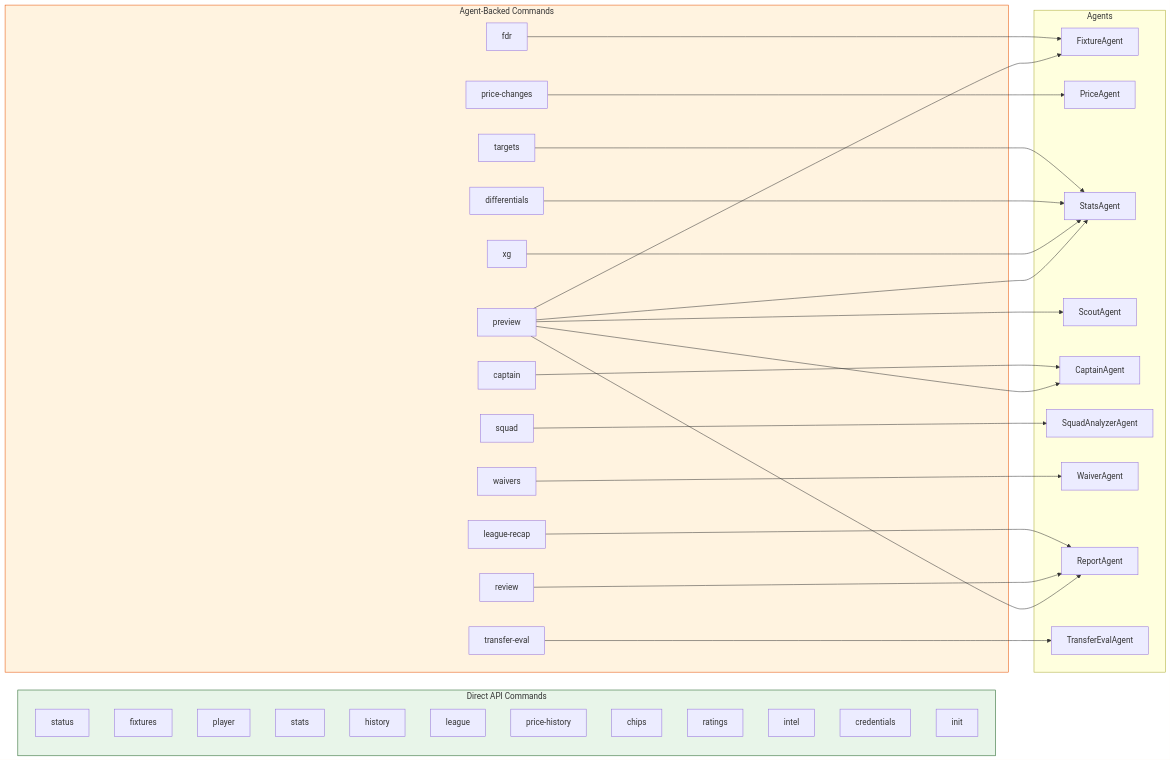
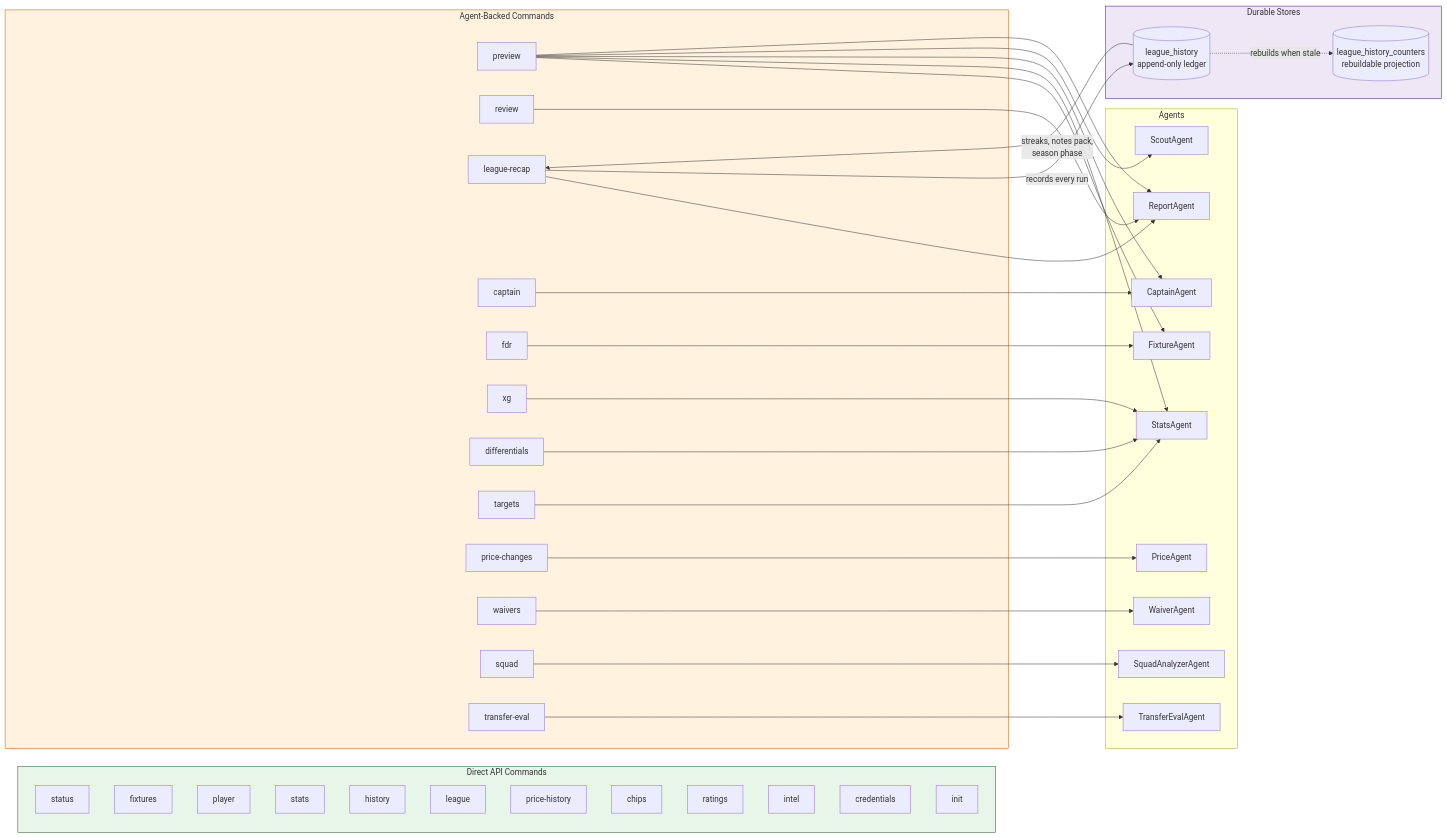
The fourth of 7 diagrams in docs/architecture.md (rossgroomio/fpl-cli), drawn with Mermaid before and after one commit. The commit also changed other lines of this file and 5 other files, not shown here.

Commit message:
docs: expand league-recap and league history documentation (#79)

````diff
--- a/docs/architecture.md
+++ b/docs/architecture.md
@@ -274,60 +274,69 @@
 ```mermaid
 flowchart LR
     subgraph Direct["Direct API Commands"]
         status["status"]
         fixtures["fixtures"]
         player["player"]
         stats["stats"]
         history["history"]
         league["league"]
         price_hist["price-history"]
         chips["chips"]
         ratings["ratings"]
         intel["intel"]
         credentials["credentials"]
         init["init"]
     end
 
     subgraph ViaAgent["Agent-Backed Commands"]
         preview["preview"]
         review["review"]
         recap["league-recap"]
         cap["captain"]
         fdr["fdr"]
         xg["xg"]
         diff["differentials"]
         tgt["targets"]
         pr["price-changes"]
         waivers["waivers"]
         squad["squad"]
         transfer_eval["transfer-eval"]
     end
 
     subgraph Agents["Agents"]
         FA[FixtureAgent]
         PA[PriceAgent]
         SA[StatsAgent]
         SCA[ScoutAgent]
         CA[CaptainAgent]
         SQA[SquadAnalyzerAgent]
         WA[WaiverAgent]
         RA[ReportAgent]
         TEA[TransferEvalAgent]
     end
 
+    subgraph Stores["Durable Stores"]
+        LH[("league_history<br/>append-only ledger")]
+        LHC[("league_history_counters<br/>rebuildable projection")]
+    end
+
     preview --> FA & SA & CA & SCA & RA
     review --> RA
     recap --> RA
+    recap -->|"records every run"| LH
+    LH -->|"streaks, notes pack,<br/>season phase"| recap
+    LH -.->|"rebuilds when stale"| LHC
     cap --> CA
     fdr --> FA
     xg --> SA
     diff --> SA
     tgt --> SA
     pr --> PA
     waivers --> WA
     squad --> SQA
     transfer_eval --> TEA
 
     style Direct fill:#e8f5e9,stroke:#1b5e20
     style ViaAgent fill:#fff3e0,stroke:#e65100
+    style Stores fill:#ede7f6,stroke:#311b92
 ```
````
